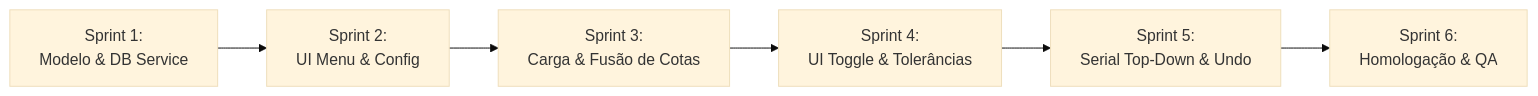
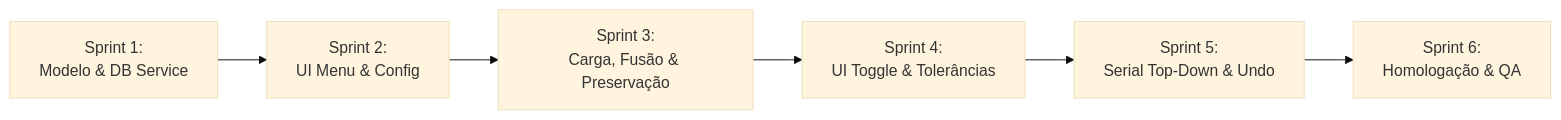
The diagram in docs/implementations/v1.2.8/sp-p2_feature-listing-sprints.md (ramso-adnarim/SelectML), drawn with Mermaid (base theme) before and after one commit. The commit also changed other lines of this file and 1 other file, not shown here.

Commit message:
docs(v1.2.8): revise implementation and sprint plans with user feedback for item 2

````diff
--- a/docs/implementations/v1.2.8/sp-p2_feature-listing-sprints.md
+++ b/docs/implementations/v1.2.8/sp-p2_feature-listing-sprints.md
@@ -16,8 +16,8 @@
 ```mermaid
 graph LR
     S1[Sprint 1:<br/>Modelo & DB Service] --> S2[Sprint 2:<br/>UI Menu & Config]
-    S2 --> S3[Sprint 3:<br/>Carga & Fusão de Cotas]
+    S2 --> S3[Sprint 3:<br/>Carga, Fusão & Preservação]
     S3 --> S4[Sprint 4:<br/>UI Toggle & Tolerâncias]
     S4 --> S5[Sprint 5:<br/>Serial Top-Down & Undo]
     S5 --> S6[Sprint 6:<br/>Homologação & QA]
 ```
````
